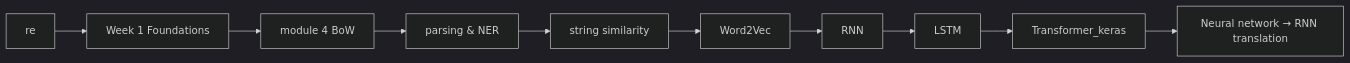
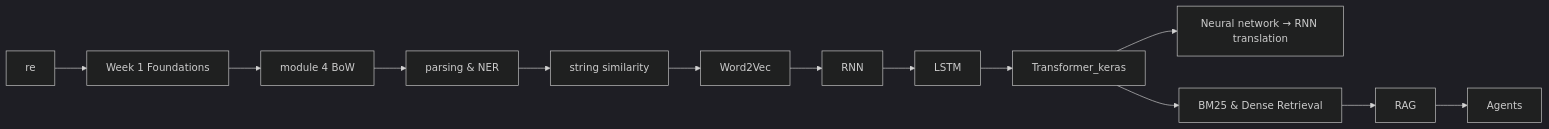
The diagram in NLP/In class/README.md (Nihalpujari/ML_Practice), drawn with Mermaid (dark theme) before and after one commit. The commit also changed other lines of this file and 22 other files, not shown here.

````diff
--- a/NLP/In class/README.md
+++ b/NLP/In class/README.md
@@ -29,12 +35,15 @@
 ```mermaid
 flowchart LR
     A[re] --> B[Week 1 Foundations]
     B --> C[module 4 BoW]
     C --> D[parsing & NER]
     D --> E[string similarity]
     E --> F[Word2Vec]
     F --> G[RNN]
     G --> H[LSTM]
     H --> I[Transformer_keras]
     I --> J[Neural network → RNN translation]
+    I --> K[BM25 & Dense Retrieval]
+    K --> L[RAG]
+    L --> M[Agents]
 ```
````
